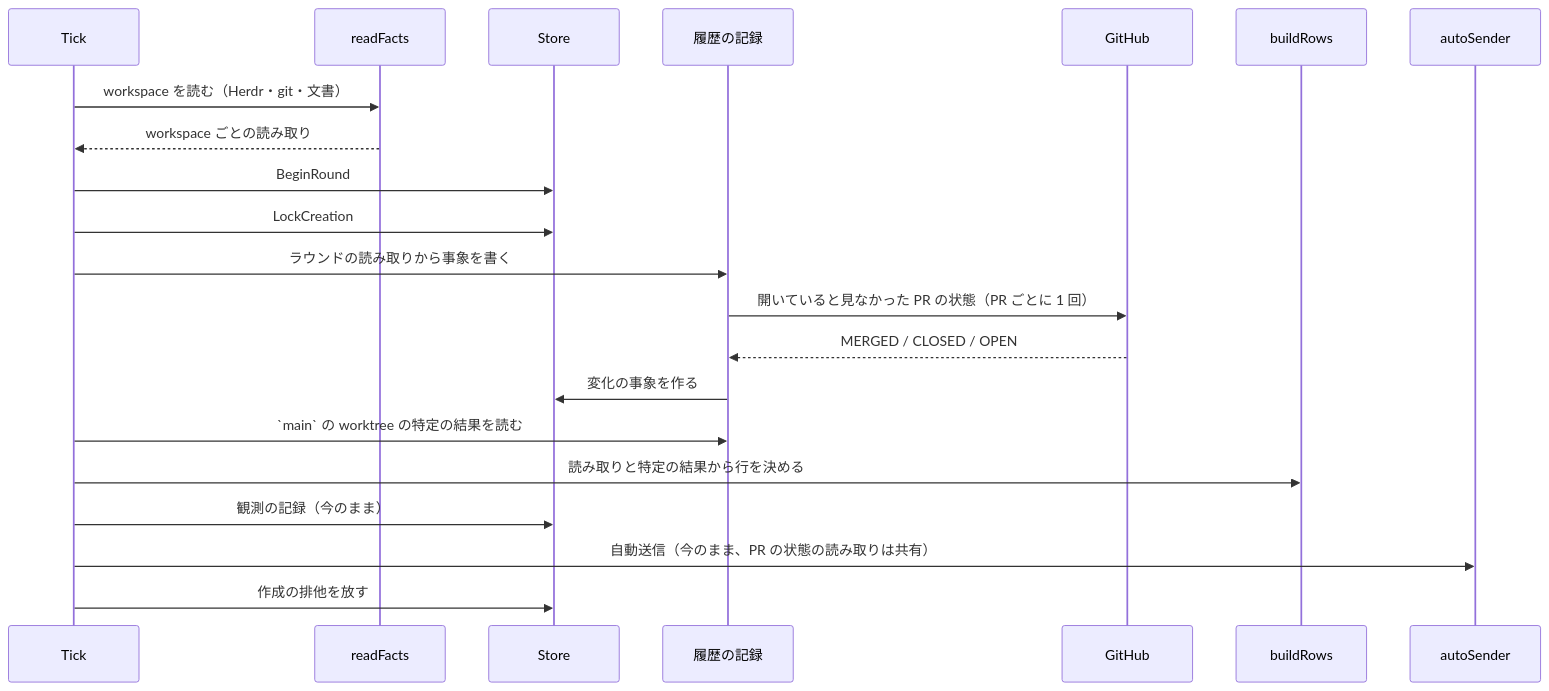
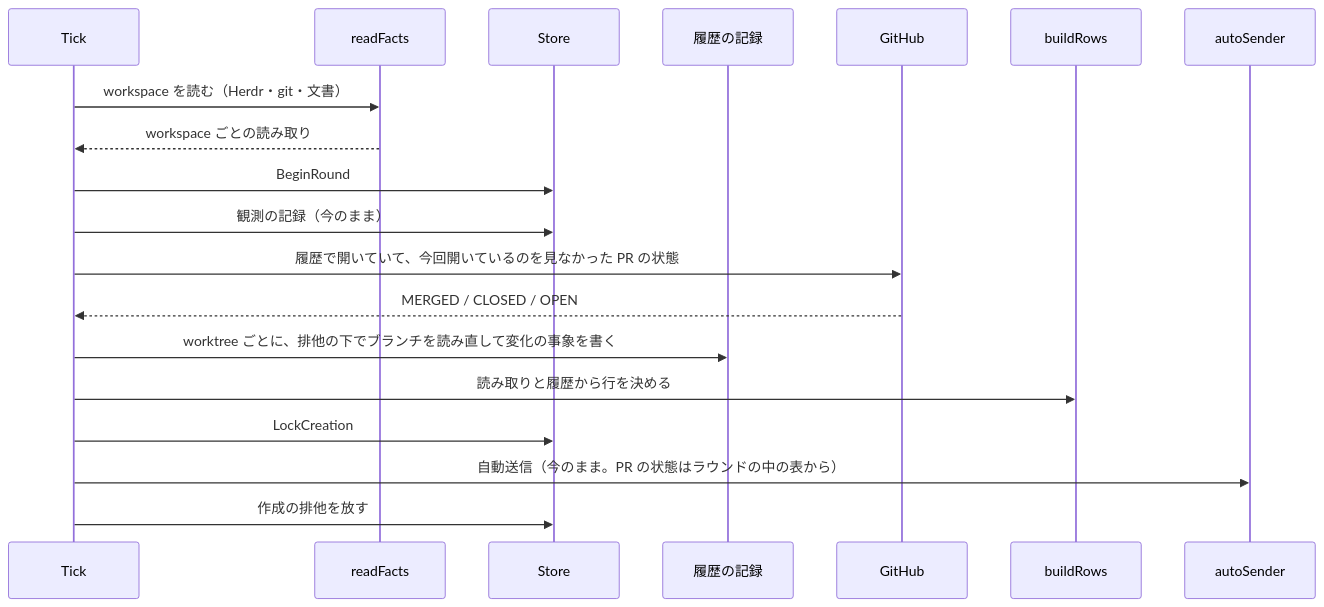
The third of 5 diagrams in docs/tasks/0105_chief_post_merge_next_command/02_architecture.md (isseis/yt2column), drawn with Mermaid before and after one commit. The commit also changed other lines of this file and 2 other files, not shown here.

First line of the commit message:
docs(0105): address the architecture review and revise requirement 4.1

````diff
--- a/docs/tasks/0105_chief_post_merge_next_command/02_architecture.md
+++ b/docs/tasks/0105_chief_post_merge_next_command/02_architecture.md
@@ -154,24 +181,22 @@
 ```mermaid
 sequenceDiagram
     participant T as Tick
     participant R as readFacts
     participant S as Store
     participant H as 履歴の記録
     participant G as GitHub
     participant B as buildRows
     participant A as autoSender
 
     T->>R: workspace を読む（Herdr・git・文書）
     R-->>T: workspace ごとの読み取り
     T->>S: BeginRound
+    T->>S: 観測の記録（今のまま）
+    T->>G: 履歴で開いていて、今回開いているのを見なかった PR の状態
+    G-->>T: MERGED / CLOSED / OPEN
+    T->>H: worktree ごとに、排他の下でブランチを読み直して変化の事象を書く
+    T->>B: 読み取りと履歴から行を決める
     T->>S: LockCreation
-    T->>H: ラウンドの読み取りから事象を書く
-    H->>G: 開いていると見なかった PR の状態（PR ごとに 1 回）
-    G-->>H: MERGED / CLOSED / OPEN
-    H->>S: 変化の事象を作る
-    T->>H: `main` の worktree の特定の結果を読む
-    T->>B: 読み取りと特定の結果から行を決める
-    T->>S: 観測の記録（今のまま）
-    T->>A: 自動送信（今のまま、PR の状態の読み取りは共有）
+    T->>A: 自動送信（今のまま。PR の状態はラウンドの中の表から）
     T->>S: 作成の排他を放す
 ```
````
